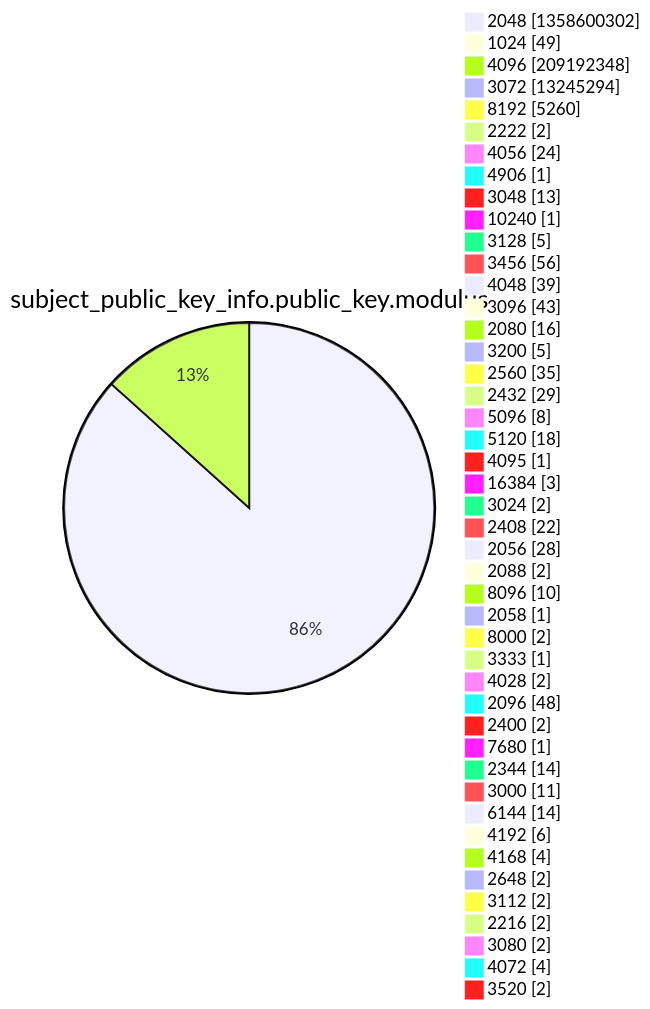
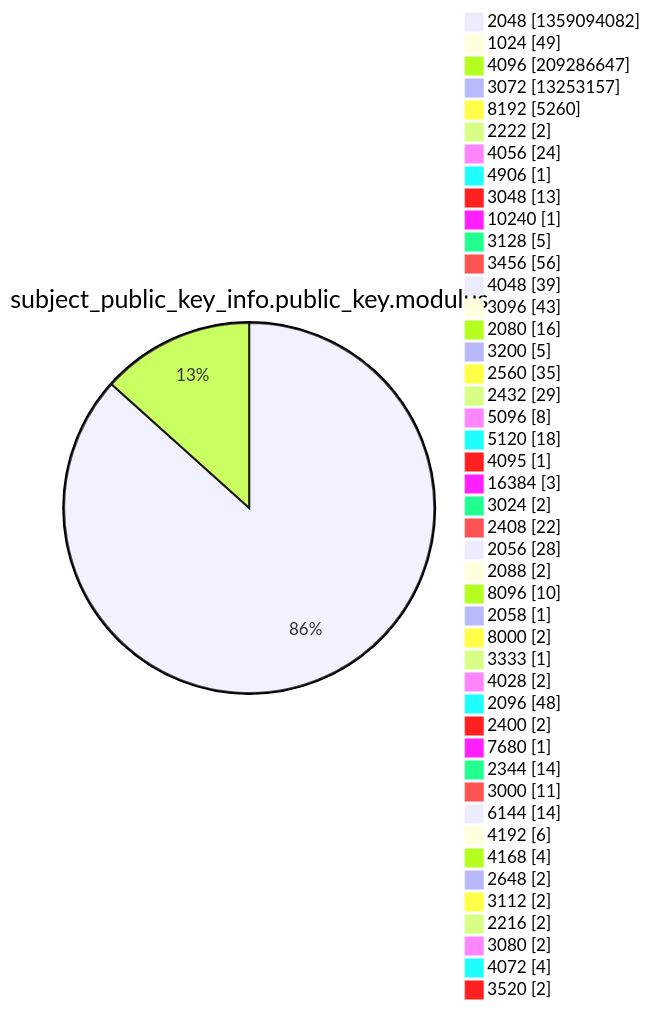
Diagram 13 of 15 in xenon2022/README.md (christiankrug/ctmonitor_visualization), drawn with Mermaid before and after one commit. The commit also changed other lines of this file, not shown here.

````diff
--- a/xenon2022/README.md
+++ b/xenon2022/README.md
@@ -3927,49 +3927,49 @@
 ```mermaid
 pie showData
 title subject_public_key_info.public_key.modulus
-"2048" :1358600302
+"2048" :1359094082
 "1024" :49
-"4096" :209192348
-"3072" :13245294
+"4096" :209286647
+"3072" :13253157
 "8192" :5260
 "2222" :2
 "4056" :24
 "4906" :1
 "3048" :13
 "10240" :1
 "3128" :5
 "3456" :56
 "4048" :39
 "3096" :43
 "2080" :16
 "3200" :5
 "2560" :35
 "2432" :29
 "5096" :8
 "5120" :18
 "4095" :1
 "16384" :3
 "3024" :2
 "2408" :22
 "2056" :28
 "2088" :2
 "8096" :10
 "2058" :1
 "8000" :2
 "3333" :1
 "4028" :2
 "2096" :48
 "2400" :2
 "7680" :1
 "2344" :14
 "3000" :11
 "6144" :14
 "4192" :6
 "4168" :4
 "2648" :2
 "3112" :2
 "2216" :2
 "3080" :2
 "4072" :4
 "3520" :2
 ```
````
